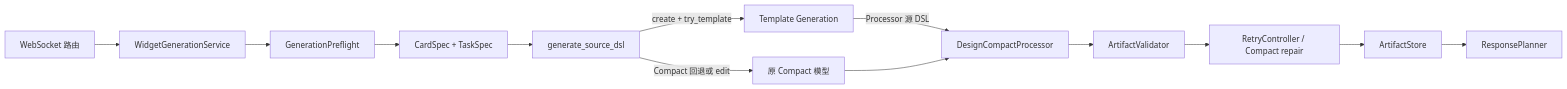
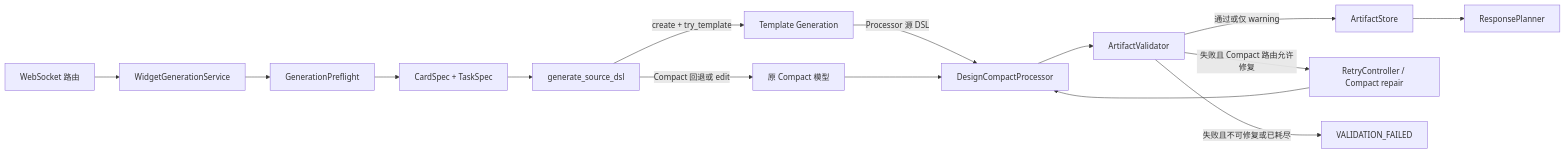
One commit to InnovationTea/CreateMyCard changed the first of 2 diagrams in widget_service/cloud/services/template_generation/docs/architecture.md. Above: the diagram before and after it, drawn with Mermaid. The commit also changed other lines of this file and 14 other files, not shown here.

````diff
--- a/widget_service/cloud/services/template_generation/docs/architecture.md
+++ b/widget_service/cloud/services/template_generation/docs/architecture.md
@@ -8,15 +8,17 @@
 ```mermaid
 flowchart LR
     WS[WebSocket 路由] --> WGS[WidgetGenerationService]
     WGS --> PF[GenerationPreflight]
     PF --> SPEC[CardSpec + TaskSpec]
     SPEC --> GEN[generate_source_dsl]
     GEN -->|create + try_template| TG[Template Generation]
     TG -->|Processor 源 DSL| PROC[DesignCompactProcessor]
     GEN -->|Compact 回退或 edit| MODEL[原 Compact 模型]
     MODEL --> PROC
     PROC --> VAL[ArtifactValidator]
-    VAL --> RETRY[RetryController / Compact repair]
-    RETRY --> STORE[ArtifactStore]
+    VAL -->|通过或仅 warning| STORE[ArtifactStore]
+    VAL -->|失败且 Compact 路由允许修复| RETRY[RetryController / Compact repair]
+    RETRY --> PROC
+    VAL -->|失败且不可修复或已耗尽| FAIL[VALIDATION_FAILED]
     STORE --> RESP[ResponsePlanner]
 ```
````
